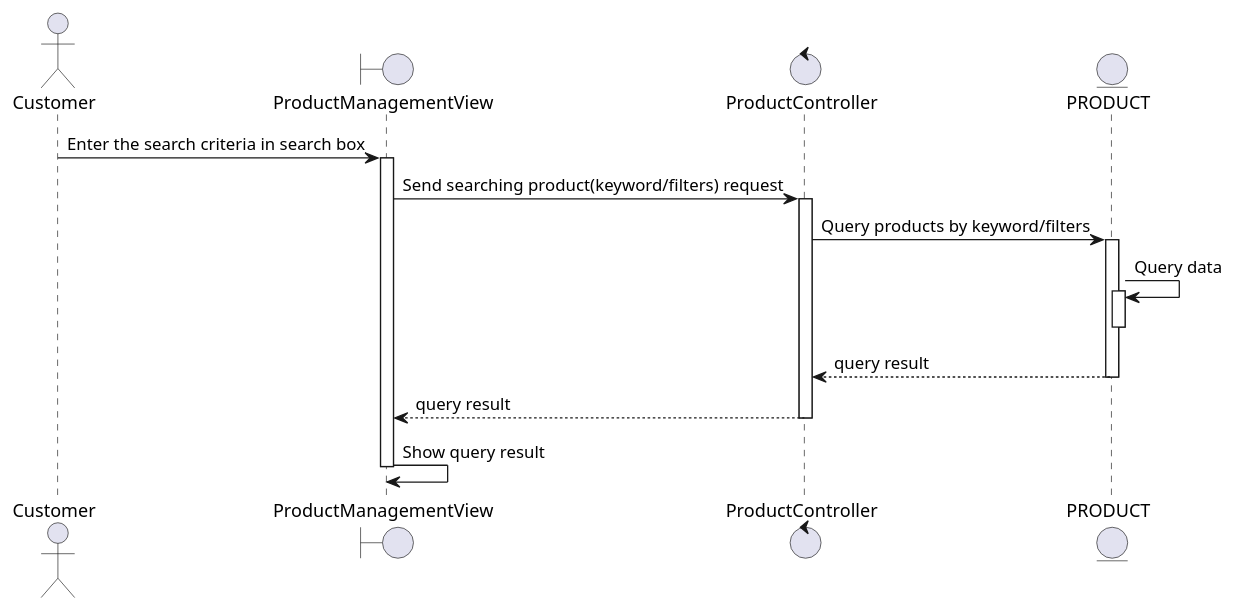
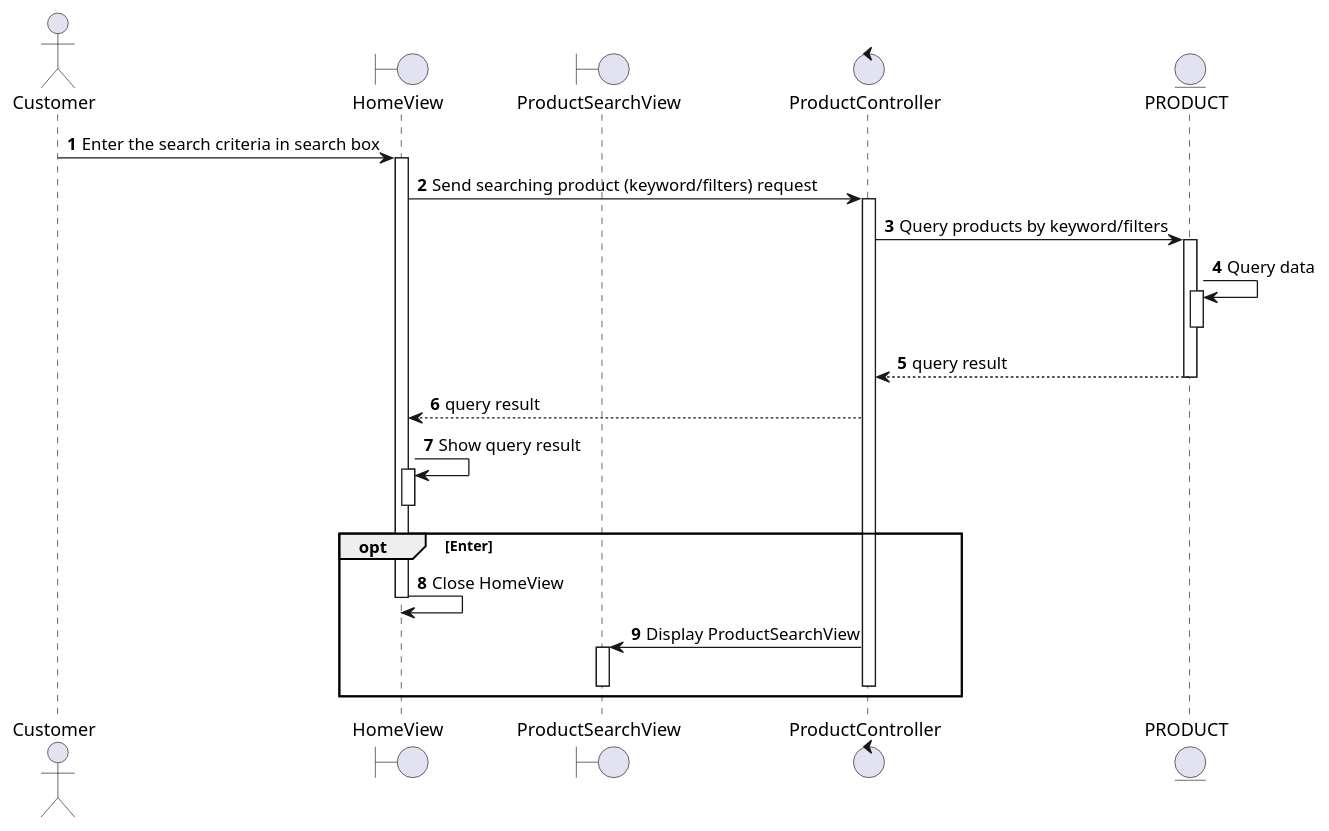
Before and after one commit to electricilies/electricilies.github.io: the diagram in docs/docs/sequence/view-product/search-product.md, drawn with PlantUML. The commit also changed 7 other files, not shown here.

Commit message:
fix(sequence): some messes from @NTGNguyen and new view-suggested-product, view-product-detail

````diff
--- a/docs/docs/sequence/view-product/search-product.md
+++ b/docs/docs/sequence/view-product/search-product.md
@@ -3,25 +3,37 @@
 ```plantuml
 @startuml
+autonumber
+
 actor Customer as C
-boundary ProductManagementView as PMV
+boundary HomeView as HV
+boundary ProductSearchView as PSV
 control ProductController as PC
-entity PRODUCT as BPM
+entity PRODUCT as P
 
-C -> PMV: Enter the search criteria in search box
-activate PMV
-PMV -> PC: Send searching product(keyword/filters) request
+C -> HV: Enter the search criteria in search box
+activate HV
+HV -> PC: Send searching product (keyword/filters) request
 activate PC
-PC -> BPM: Query products by keyword/filters
-activate BPM
-BPM -> BPM: Query data
-activate BPM
-deactivate BPM
-PC <-- BPM: query result
-deactivate BPM
-PMV <--PC: query result
-deactivate PC
+PC -> P: Query products by keyword/filters
+activate P
+P -> P: Query data
+activate P
+deactivate P
+PC <-- P: query result
+deactivate P
+HV <-- PC: query result
+HV -> HV: Show query result
+activate HV
+deactivate HV
 
-PMV ->PMV: Show query result
-deactivate PMV
+opt Enter
+  HV -> HV: Close HomeView
+  deactivate HV
+  PSV <- PC: Display ProductSearchView
+  activate PSV
+  deactivate PC
+  deactivate PSV
+end
+
 @enduml
 ```
````
